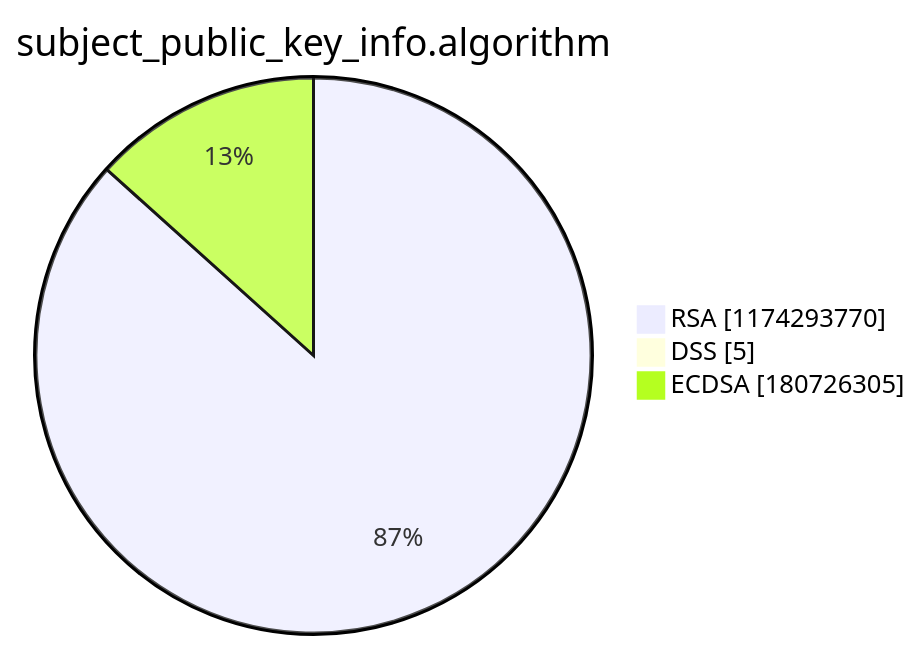
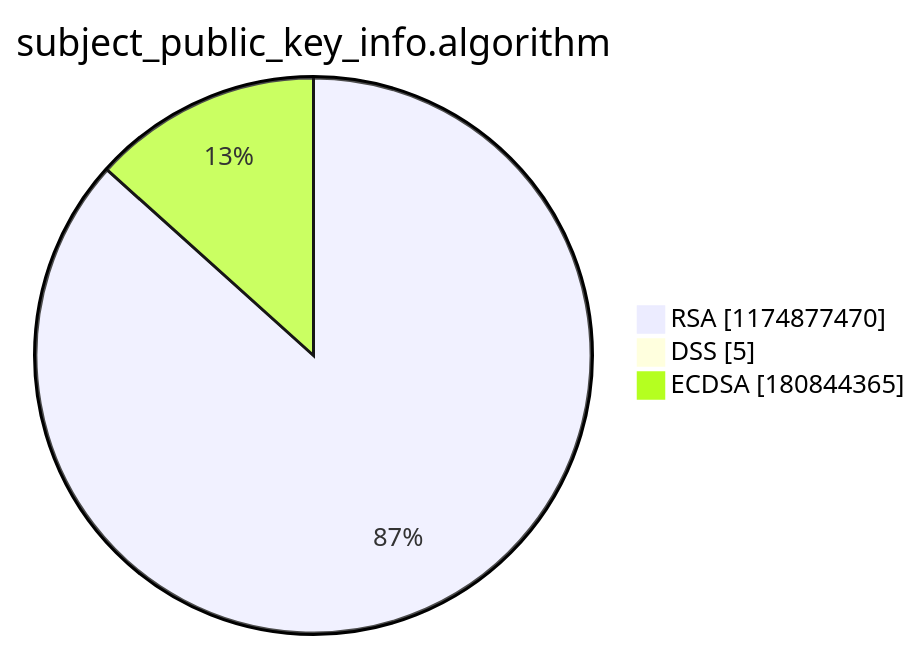
Before and after one commit to christiankrug/ctmonitor_visualization: the third of 15 diagrams in argon2022/README.md, drawn with Mermaid. The commit also changed other lines of this file, not shown here.

````diff
--- a/argon2022/README.md
+++ b/argon2022/README.md
@@ -14,7 +14,7 @@
 ```mermaid
 pie showData
 title subject_public_key_info.algorithm
-"RSA" :1174293770
+"RSA" :1174877470
 "DSS" :5
-"ECDSA" :180726305
+"ECDSA" :180844365
 ```
````
